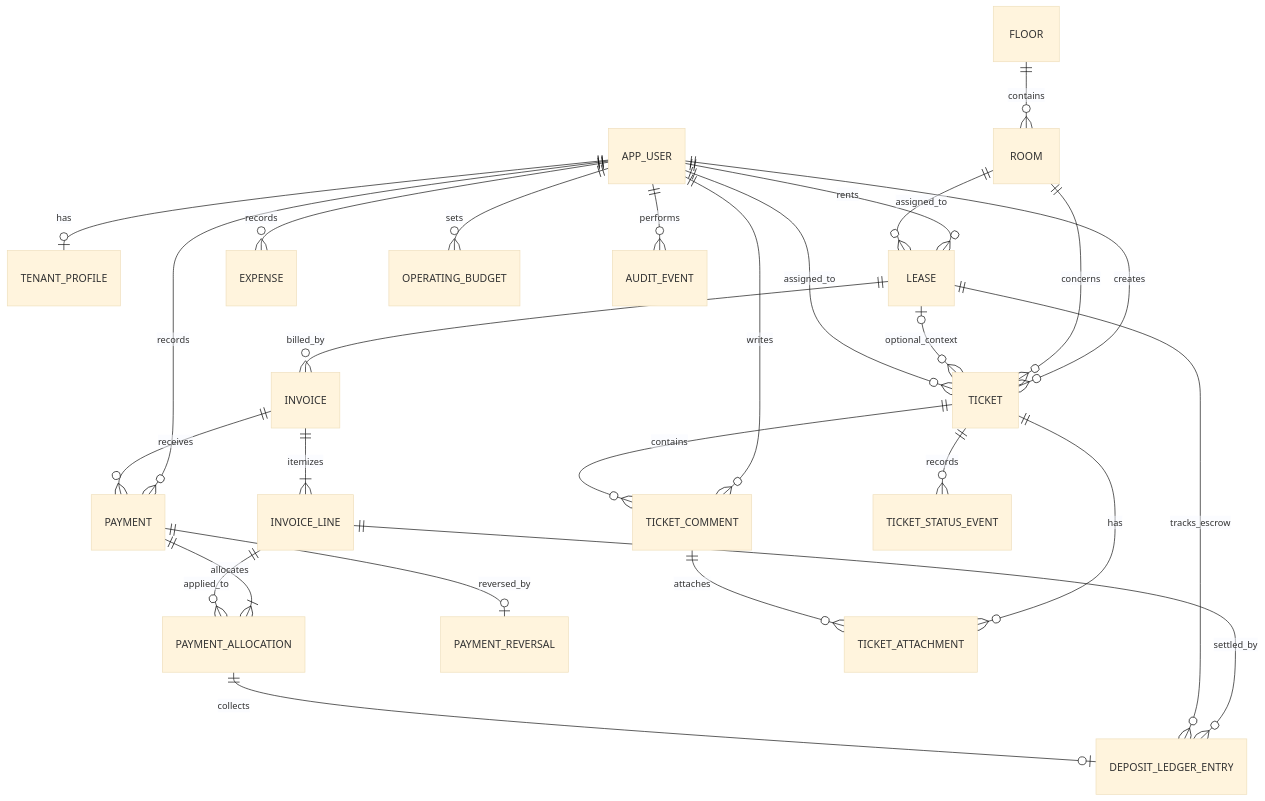
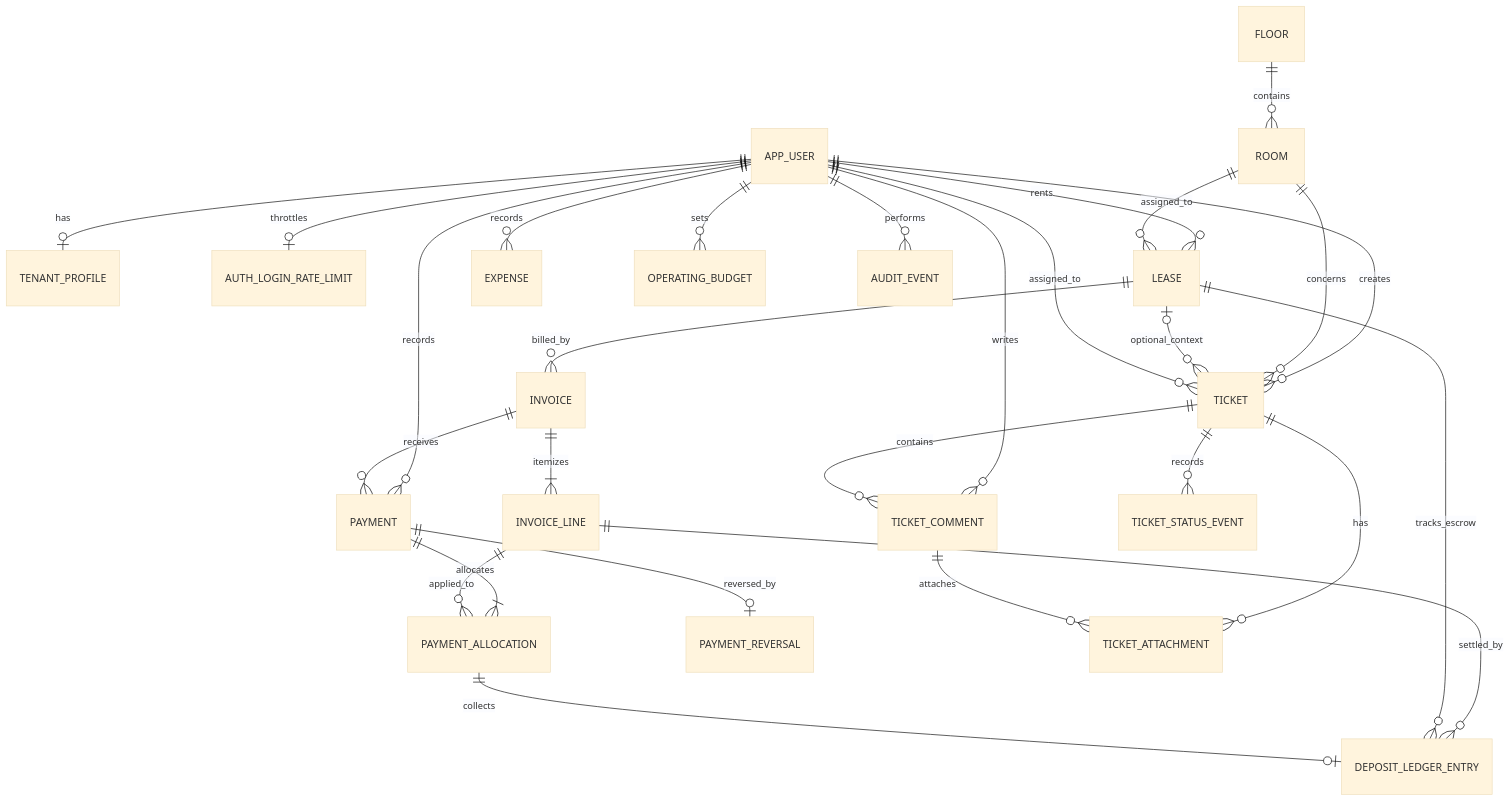
The diagram in docs/architecture/M05-DATA-API-SPEC-DRAFT.md (nothingser0/rumakost), drawn with Mermaid (base theme) before and after one commit. The commit also changed other lines of this file and 30 other files, not shown here.

Commit message:
feat(auth): secure login and complete password reset

````diff
--- a/docs/architecture/M05-DATA-API-SPEC-DRAFT.md
+++ b/docs/architecture/M05-DATA-API-SPEC-DRAFT.md
@@ -21,29 +21,30 @@
 ```mermaid
 erDiagram
   APP_USER ||--o| TENANT_PROFILE : has
+  APP_USER ||--o| AUTH_LOGIN_RATE_LIMIT : throttles
   APP_USER ||--o{ LEASE : rents
   APP_USER ||--o{ PAYMENT : records
   APP_USER ||--o{ TICKET : creates
   APP_USER ||--o{ TICKET_COMMENT : writes
   APP_USER ||--o{ EXPENSE : records
   APP_USER ||--o{ OPERATING_BUDGET : sets
   FLOOR ||--o{ ROOM : contains
   APP_USER ||--o{ AUDIT_EVENT : performs
   ROOM ||--o{ LEASE : assigned_to
   LEASE ||--o{ INVOICE : billed_by
   INVOICE ||--|{ INVOICE_LINE : itemizes
   INVOICE ||--o{ PAYMENT : receives
   PAYMENT ||--|{ PAYMENT_ALLOCATION : allocates
   INVOICE_LINE ||--o{ PAYMENT_ALLOCATION : applied_to
   INVOICE_LINE ||--o{ DEPOSIT_LEDGER_ENTRY : settled_by
   LEASE ||--o{ DEPOSIT_LEDGER_ENTRY : tracks_escrow
   PAYMENT_ALLOCATION ||--o| DEPOSIT_LEDGER_ENTRY : collects
   PAYMENT ||--o| PAYMENT_REVERSAL : reversed_by
   ROOM ||--o{ TICKET : concerns
   LEASE o|--o{ TICKET : optional_context
   TICKET ||--o{ TICKET_COMMENT : contains
   TICKET ||--o{ TICKET_ATTACHMENT : has
   TICKET ||--o{ TICKET_STATUS_EVENT : records
   TICKET_COMMENT ||--o{ TICKET_ATTACHMENT : attaches
   APP_USER ||--o{ TICKET : assigned_to
 ```
````
